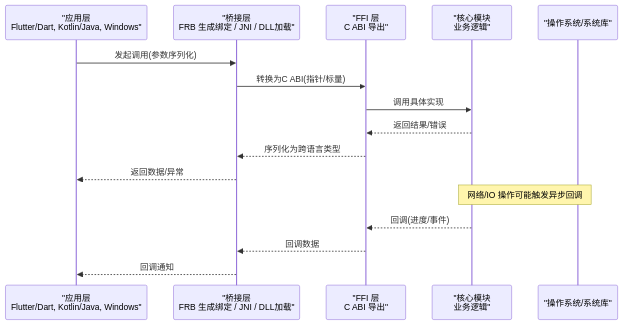
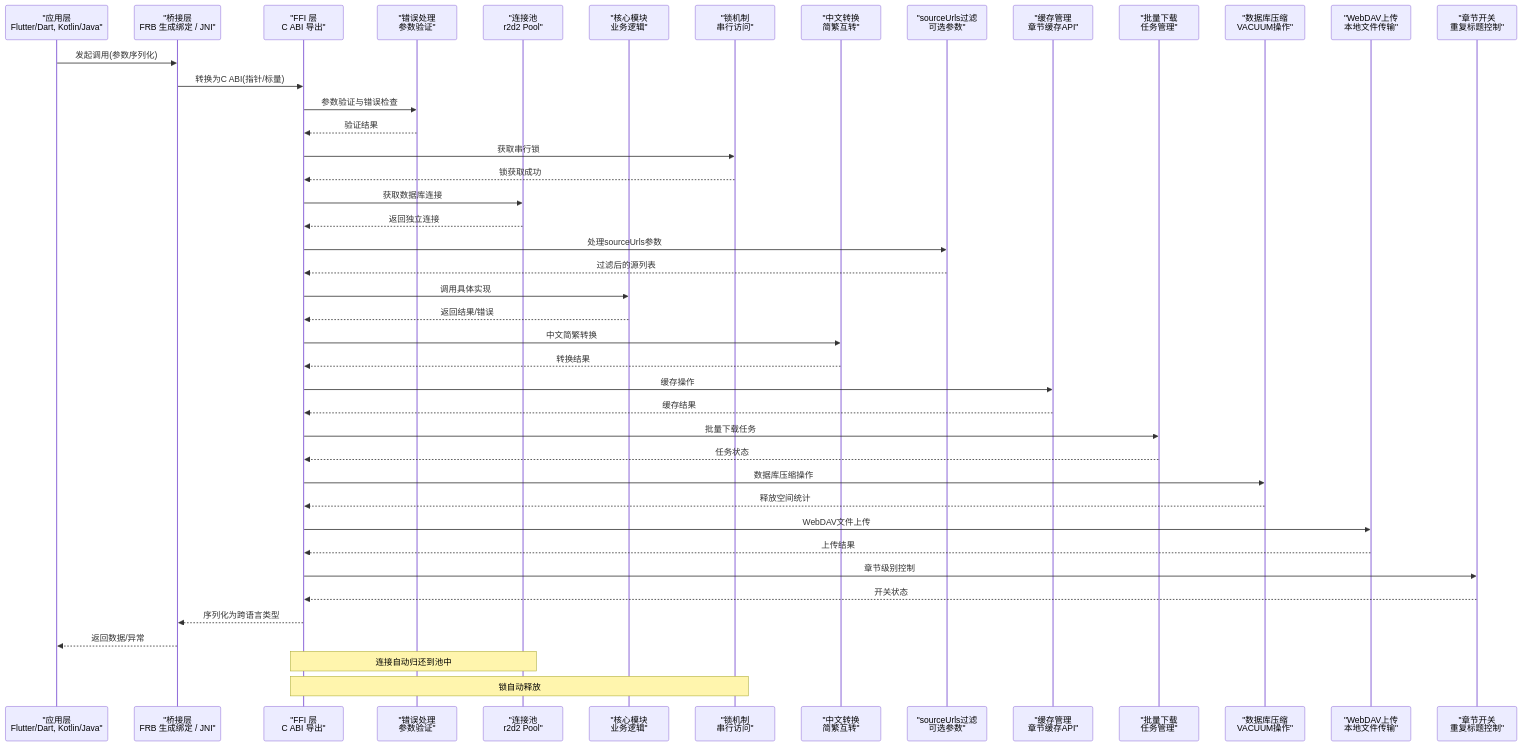
Before and after one commit to ZhangGHGitHub/LegadoTeamFlutter: the second of 12 diagrams in .qoder/repowiki/zh/content/架构设计/通信机制/FFI接口通信.md, drawn with Mermaid. The commit also changed other lines of this file and 173 other files, not shown here.

````diff
--- a/.qoder/repowiki/zh/content/架构设计/通信机制/FFI接口通信.md
+++ b/.qoder/repowiki/zh/content/架构设计/通信机制/FFI接口通信.md
@@ -116,18 +166,45 @@
 ```mermaid
 sequenceDiagram
-participant App as "应用层<br/>Flutter/Dart, Kotlin/Java, Windows"
-participant Bridge as "桥接层<br/>FRB 生成绑定 / JNI / DLL加载"
+participant App as "应用层<br/>Flutter/Dart, Kotlin/Java"
+participant Bridge as "桥接层<br/>FRB 生成绑定 / JNI"
 participant FFI as "FFI 层<br/>C ABI 导出"
+participant Error as "错误处理<br/>参数验证"
+participant Pool as "连接池<br/>r2d2 Pool"
 participant Core as "核心模块<br/>业务逻辑"
-participant OS as "操作系统/系统库"
+participant Lock as "锁机制<br/>串行访问"
+participant Chinese as "中文转换<br/>简繁互转"
+participant SourceURLs as "sourceUrls过滤<br/>可选参数"
+participant Cache as "缓存管理<br/>章节缓存API"
+participant BatchCache as "批量下载<br/>任务管理"
+participant DBCompress as "数据库压缩<br/>VACUUM操作"
+participant WebDAV as "WebDAV上传<br/>本地文件传输"
+participant ChapterToggle as "章节开关<br/>重复标题控制"
 App->>Bridge : 发起调用(参数序列化)
 Bridge->>FFI : 转换为C ABI(指针/标量)
+FFI->>Error : 参数验证与错误检查
+Error-->>FFI : 验证结果
+FFI->>Lock : 获取串行锁
+Lock-->>FFI : 锁获取成功
+FFI->>Pool : 获取数据库连接
+Pool-->>FFI : 返回独立连接
+FFI->>SourceURLs : 处理sourceUrls参数
+SourceURLs-->>FFI : 过滤后的源列表
 FFI->>Core : 调用具体实现
 Core-->>FFI : 返回结果/错误
+FFI->>Chinese : 中文简繁转换
+Chinese-->>FFI : 转换结果
+FFI->>Cache : 缓存操作
+Cache-->>FFI : 缓存结果
+FFI->>BatchCache : 批量下载任务
+BatchCache-->>FFI : 任务状态
+FFI->>DBCompress : 数据库压缩操作
+DBCompress-->>FFI : 释放空间统计
+FFI->>WebDAV : WebDAV文件上传
+WebDAV-->>FFI : 上传结果
+FFI->>ChapterToggle : 章节级别控制
+ChapterToggle-->>FFI : 开关状态
 FFI-->>Bridge : 序列化为跨语言类型
 Bridge-->>App : 返回数据/异常
-Note over Core,OS : 网络/IO 操作可能触发异步回调
-Core-->>FFI : 回调(进度/事件)
-FFI-->>Bridge : 回调数据
-Bridge-->>App : 回调通知
+Note over Pool,FFI : 连接自动归还到池中
+Note over Lock,FFI : 锁自动释放
 ```
````
